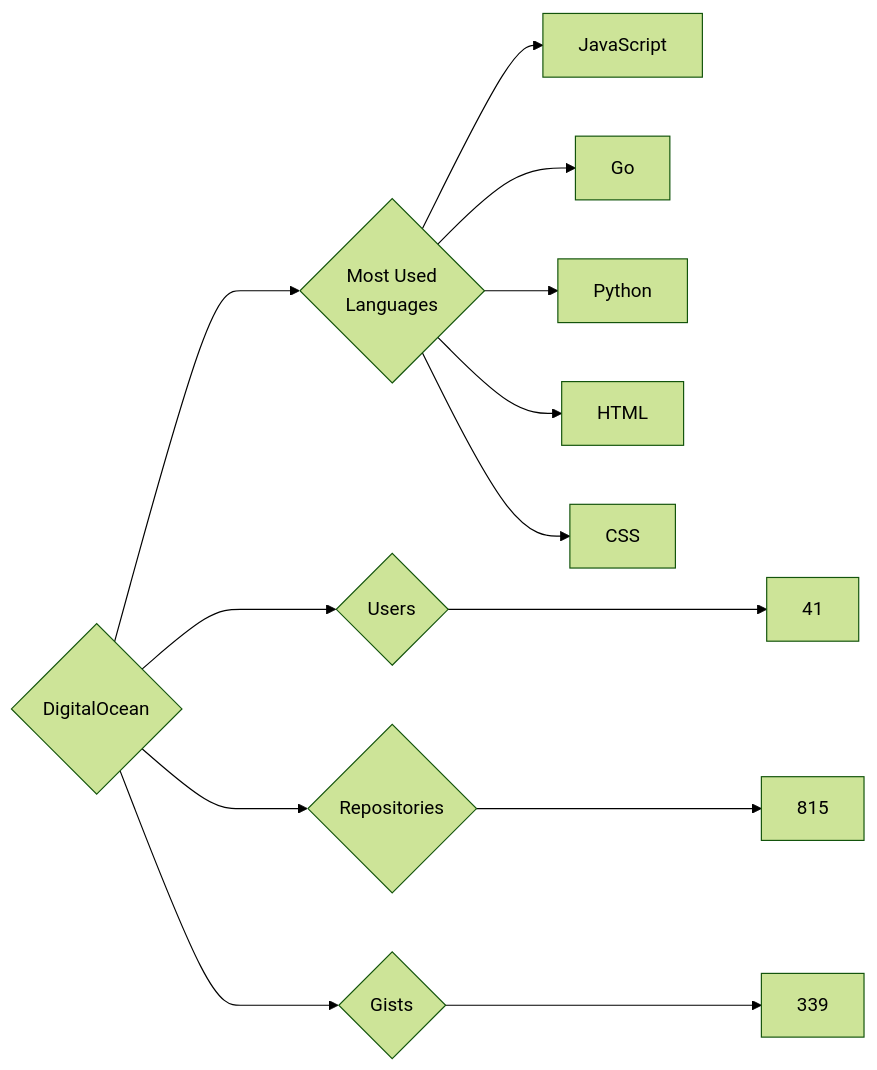
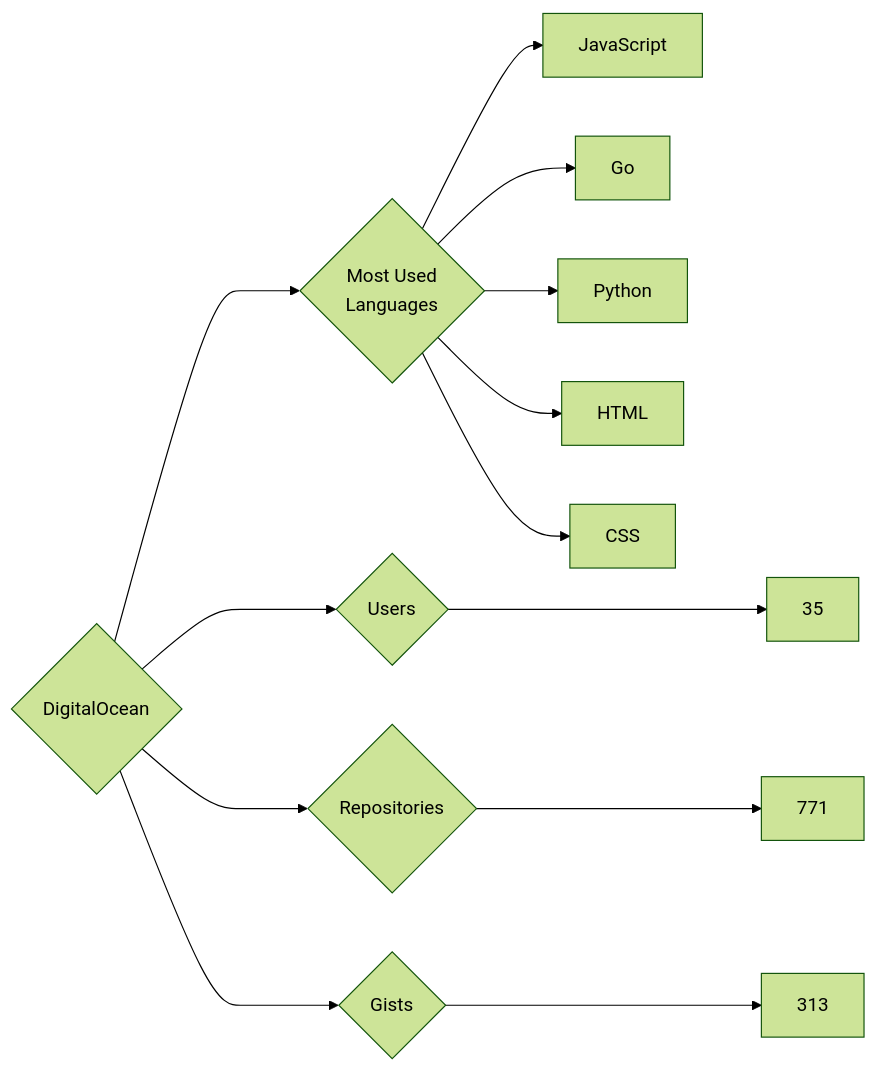
One commit to trickest/insiders changed the diagram in targets/DigitalOcean/README.md. Above: the diagram before and after it, drawn with Mermaid (forest theme). The commit also changed 714 other files, not shown here.

````diff
--- a/targets/DigitalOcean/README.md
+++ b/targets/DigitalOcean/README.md
@@ -3,13 +3,13 @@
 ```mermaid
 graph LR
 COMPANY_NAME{DigitalOcean}
-COMPANY_NAME ---> U{Users} ---> UN[41]
-COMPANY_NAME ---> R{Repositories} ---> RN[815]
-COMPANY_NAME ---> G{Gists} ---> GN[339]
+COMPANY_NAME ---> U{Users} ---> UN[35]
+COMPANY_NAME ---> R{Repositories} ---> RN[771]
+COMPANY_NAME ---> G{Gists} ---> GN[313]
 COMPANY_NAME ---> ML{Most Used<br>Languages}
 ML --> JavaScript[JavaScript]
 ML --> Go[Go]
 ML --> Python[Python]
 ML --> HTML[HTML]
 ML --> CSS[CSS]
 ```
````
